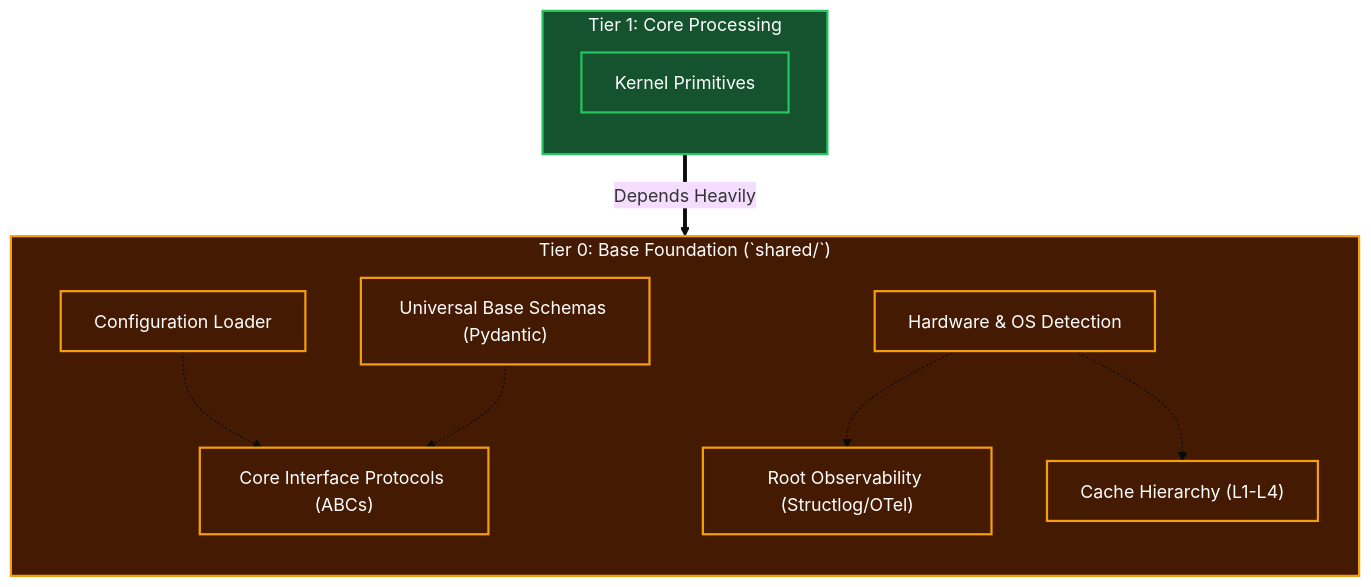
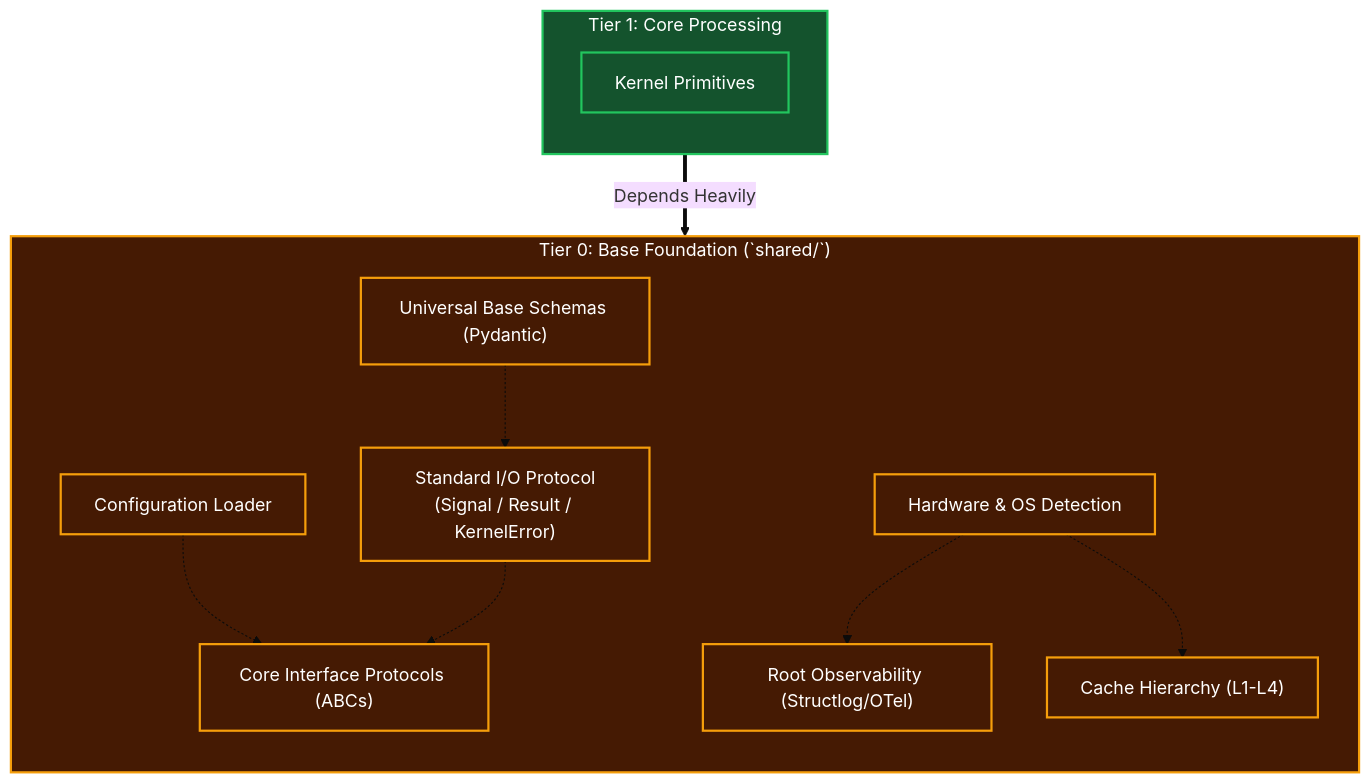
One commit to azzindani/Kea changed the diagram in redesign/tier_0/tier_0_architecture.md. Above: the diagram before and after it, drawn with Mermaid (base theme). The commit also changed other lines of this file and 1 other file, not shown here.

First line of the commit message:
Redesign Standard I/O protocol with Signal/Result/KernelError core types

````diff
--- a/redesign/tier_0/tier_0_architecture.md
+++ b/redesign/tier_0/tier_0_architecture.md
@@ -18,36 +19,38 @@
 ```mermaid
 flowchart TD
     %% T0 Scope
     subgraph sTier0["Tier 0: Base Foundation (`shared/`)"]
         direction TB
         
         %% Components
         nConfig["Configuration Loader"]
         nSchemas["Universal Base Schemas (Pydantic)"]
+        nStdIO["Standard I/O Protocol<br>(Signal / Result / KernelError)"]
         nHardware["Hardware & OS Detection"]
         nLogging["Root Observability (Structlog/OTel)"]
         nProtocols["Core Interface Protocols (ABCs)"]
         nCache["Cache Hierarchy (L1-L4)"]
 
         %% Flow Details
         nConfig -.-> nProtocols
-        nSchemas -.-> nProtocols
+        nSchemas -.-> nStdIO
+        nStdIO -.-> nProtocols
         nHardware -.-> nLogging
         nHardware -.-> nCache
     end
 
     %% T1 Interface
     subgraph sTier1["Tier 1: Core Processing"]
         direction TB
         nT1Core["Kernel Primitives"]
     end
     
     %% Dependency definition
     sTier1 == "Depends Heavily" ==> sTier0
     
     classDef t0 fill:#451A03,stroke:#F59E0B,stroke-width:2px,color:#fff
     classDef t1 fill:#14532D,stroke:#22C55E,stroke-width:2px,color:#fff
     
-    class sTier0,nConfig,nSchemas,nHardware,nLogging,nProtocols,nCache t0
+    class sTier0,nConfig,nSchemas,nStdIO,nHardware,nLogging,nProtocols,nCache t0
     class sTier1,nT1Core t1
 ```
````
